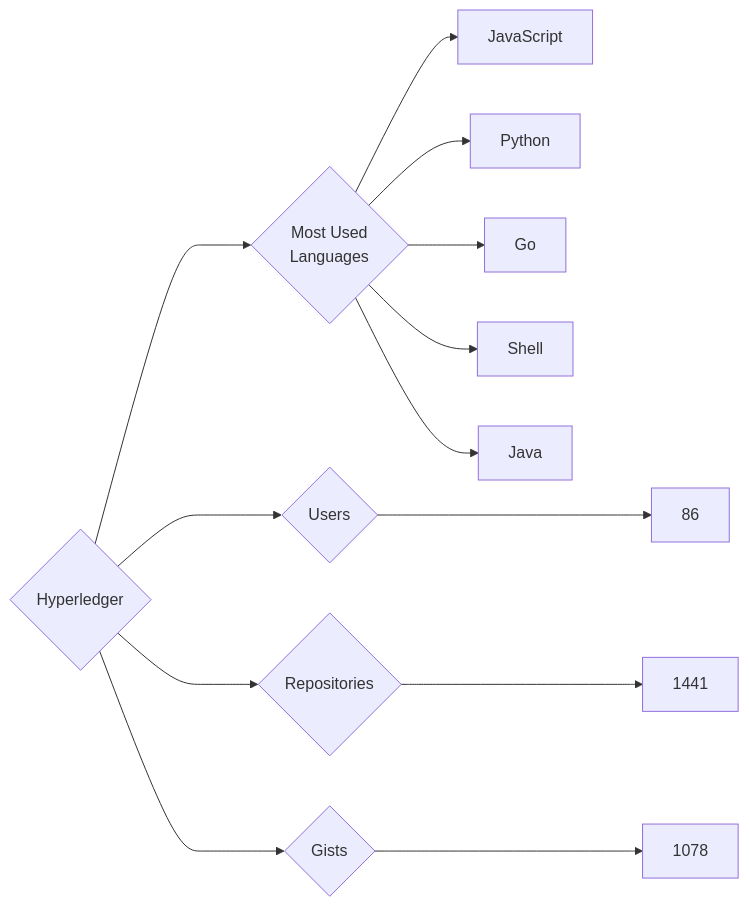
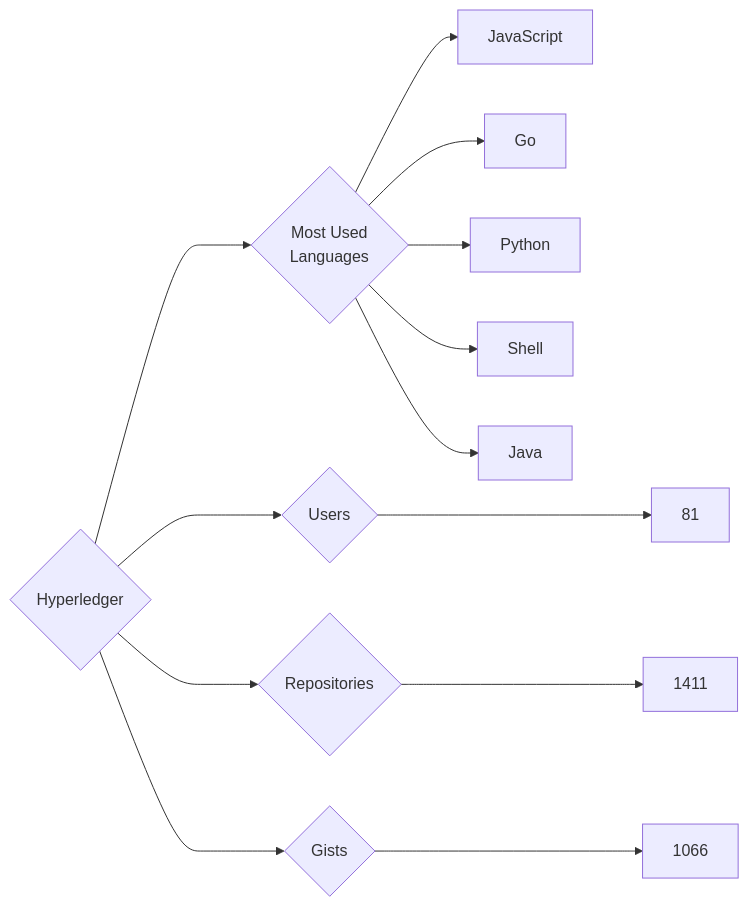
One commit to trickest/insiders changed the diagram in targets/Hyperledger/README.md. Above: the diagram before and after it, drawn with Mermaid. The commit also changed 932 other files, not shown here.

````diff
--- a/targets/Hyperledger/README.md
+++ b/targets/Hyperledger/README.md
@@ -3,13 +3,13 @@
 ```mermaid
 graph LR
 COMPANY_NAME{Hyperledger}
-COMPANY_NAME ---> U{Users} ---> UN[86]
-COMPANY_NAME ---> R{Repositories} ---> RN[1441]
-COMPANY_NAME ---> G{Gists} ---> GN[1078]
+COMPANY_NAME ---> U{Users} ---> UN[81]
+COMPANY_NAME ---> R{Repositories} ---> RN[1411]
+COMPANY_NAME ---> G{Gists} ---> GN[1066]
 COMPANY_NAME ---> ML{Most Used<br>Languages}
 ML --> JavaScript[JavaScript]
+ML --> Go[Go]
 ML --> Python[Python]
-ML --> Go[Go]
 ML --> Shell[Shell]
 ML --> Java[Java]
 ```
````
